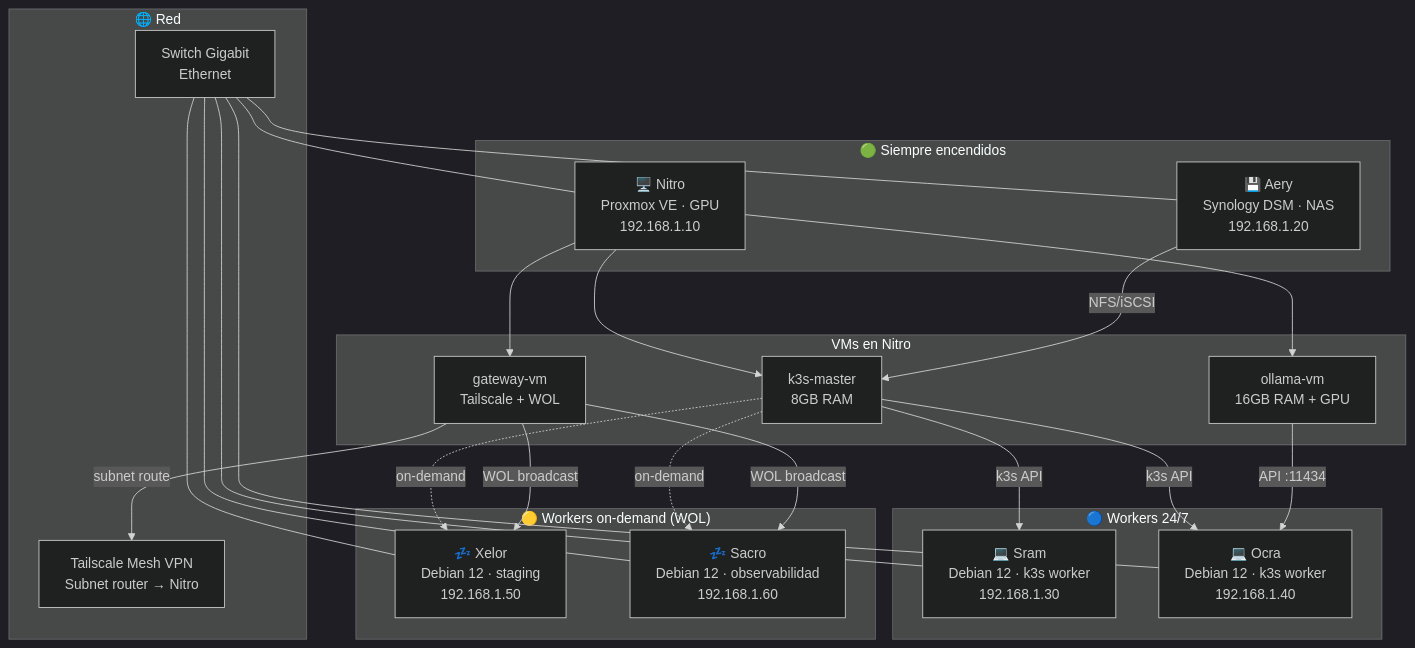
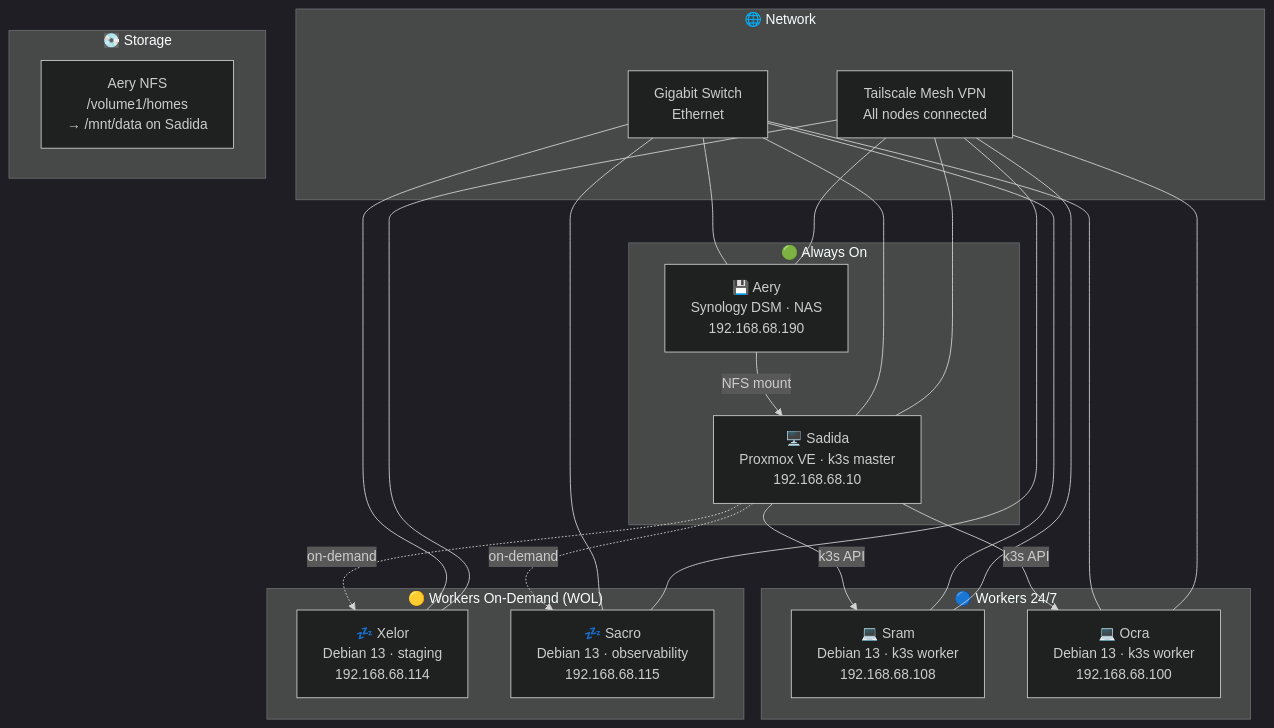
One commit to SethSterling22/HomeLab_Architecture changed the first of 4 diagrams in README.md. Above: the diagram before and after it, drawn with Mermaid (dark theme). The commit also changed other lines of this file, not shown here.

````diff
--- a/README.md
+++ b/README.md
@@ -67,51 +83,46 @@
 ```mermaid
 graph TB
-    subgraph always_on["🟢 Siempre encendidos"]
-        NITRO["🖥️ Nitro\nProxmox VE · GPU\n192.168.1.10"]
-        AERY["💾 Aery\nSynology DSM · NAS\n192.168.1.20"]
+    subgraph always_on["🟢 Always On"]
+        SADIDA["🖥️ Sadida\nProxmox VE · k3s master\n192.168.68.10"]
+        AERY["💾 Aery\nSynology DSM · NAS\n192.168.68.190"]
     end
-
+ 
     subgraph workers_24["🔵 Workers 24/7"]
-        SRAM["💻 Sram\nDebian 12 · k3s worker\n192.168.1.30"]
-        OCRA["💻 Ocra\nDebian 12 · k3s worker\n192.168.1.40"]
+        SRAM["💻 Sram\nDebian 13 · k3s worker\n192.168.68.108"]
+        OCRA["💻 Ocra\nDebian 13 · k3s worker\n192.168.68.100"]
     end
-
-    subgraph workers_od["🟡 Workers on-demand (WOL)"]
-        XELOR["💤 Xelor\nDebian 12 · staging\n192.168.1.50"]
-        SACRO["💤 Sacro\nDebian 12 · observabilidad\n192.168.1.60"]
+ 
+    subgraph workers_od["🟡 Workers On-Demand (WOL)"]
+        XELOR["💤 Xelor\nDebian 13 · staging\n192.168.68.114"]
+        SACRO["💤 Sacro\nDebian 13 · observability\n192.168.68.115"]
     end
-
-    subgraph nitro_vms["VMs en Nitro"]
-        MASTER["k3s-master\n8GB RAM"]
-        OLLAMA["ollama-vm\n16GB RAM + GPU"]
-        GATEWAY["gateway-vm\nTailscale + WOL"]
+ 
+    subgraph network["🌐 Network"]
+        SWITCH["Gigabit Switch\nEthernet"]
+        TAILSCALE["Tailscale Mesh VPN\nAll nodes connected"]
     end
-
-    subgraph network["🌐 Red"]
-        SWITCH["Switch Gigabit\nEthernet"]
-        TAILSCALE["Tailscale Mesh VPN\nSubnet router → Nitro"]
+ 
+    subgraph storage["💽 Storage"]
+        NFS["Aery NFS\n/volume1/homes\n→ /mnt/data on Sadida"]
     end
-
-    NITRO --> MASTER
-    NITRO --> OLLAMA
-    NITRO --> GATEWAY
-
-    MASTER -->|k3s API| SRAM
-    MASTER -->|k3s API| OCRA
-    MASTER -.->|on-demand| XELOR
-    MASTER -.->|on-demand| SACRO
-
-    OLLAMA -->|API :11434| OCRA
-    AERY -->|NFS/iSCSI| MASTER
-
-    GATEWAY -->|WOL broadcast| XELOR
-    GATEWAY -->|WOL broadcast| SACRO
-    GATEWAY -->|subnet route| TAILSCALE
-
-    SWITCH --- NITRO
+ 
+    SADIDA -->|k3s API| SRAM
+    SADIDA -->|k3s API| OCRA
+    SADIDA -.->|on-demand| XELOR
+    SADIDA -.->|on-demand| SACRO
+    AERY -->|NFS mount| SADIDA
+ 
+    SWITCH --- SADIDA
     SWITCH --- AERY
     SWITCH --- SRAM
     SWITCH --- OCRA
     SWITCH --- XELOR
     SWITCH --- SACRO
+ 
+    TAILSCALE --- SADIDA
+    TAILSCALE --- SRAM
+    TAILSCALE --- OCRA
+    TAILSCALE --- XELOR
+    TAILSCALE --- SACRO
+    TAILSCALE --- AERY
 ```
````
